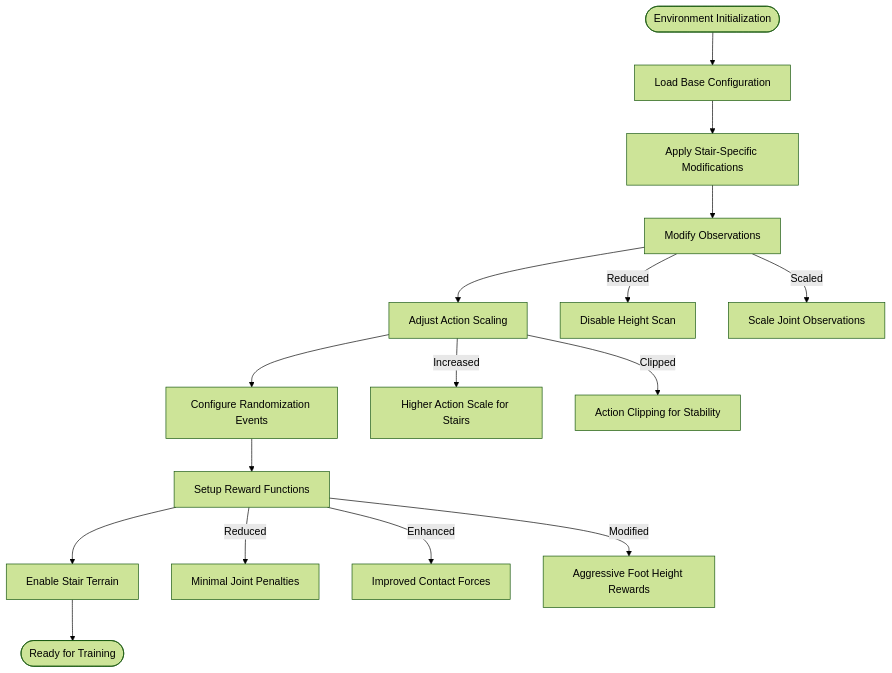
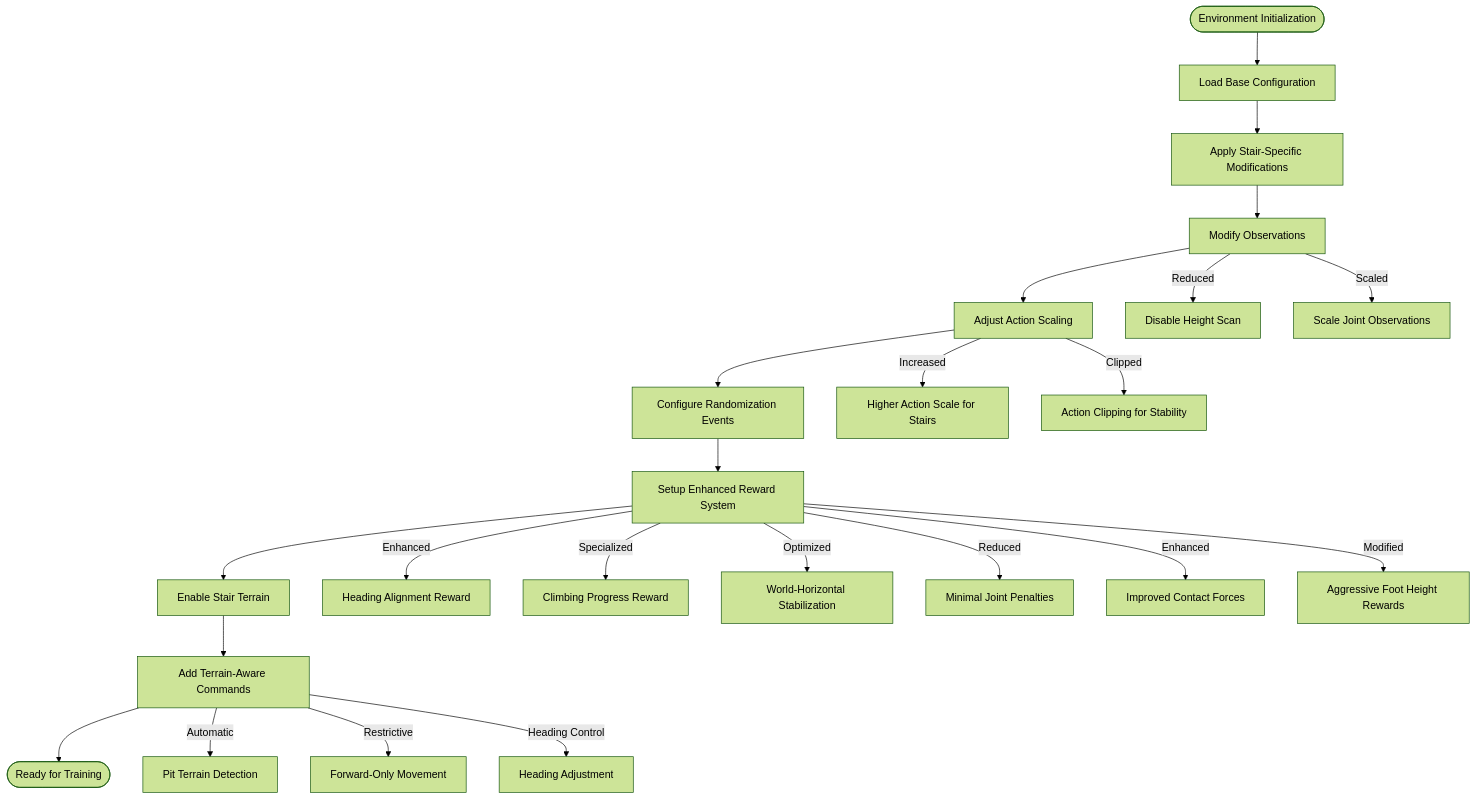
One commit to jayjayhust/robot_lab changed the fourth of 8 diagrams in .qoder/repowiki/en/content/ZSIBOT ZSL1 Stair Climbing Configuration.md. Above: the diagram before and after it, drawn with Mermaid (forest theme). The commit also changed other lines of this file and 10 other files, not shown here.

````diff
--- a/.qoder/repowiki/en/content/ZSIBOT ZSL1 Stair Climbing Configuration.md
+++ b/.qoder/repowiki/en/content/ZSIBOT ZSL1 Stair Climbing Configuration.md
@@ -203,18 +246,25 @@
 ```mermaid
 flowchart TD
 START([Environment Initialization]) --> LOAD_BASE["Load Base Configuration"]
 LOAD_BASE --> APPLY_STAIR["Apply Stair-Specific Modifications"]
 APPLY_STAIR --> MODIFY_OBS["Modify Observations"]
 MODIFY_OBS --> ADJUST_ACTIONS["Adjust Action Scaling"]
 ADJUST_ACTIONS --> CONFIG_EVENTS["Configure Randomization Events"]
-CONFIG_EVENTS --> SETUP_REWARDS["Setup Reward Functions"]
+CONFIG_EVENTS --> SETUP_REWARDS["Setup Enhanced Reward System"]
 SETUP_REWARDS --> ENABLE_TERRAIN["Enable Stair Terrain"]
-ENABLE_TERRAIN --> END([Ready for Training])
+ENABLE_TERRAIN --> ADD_COMMANDS["Add Terrain-Aware Commands"]
+ADD_COMMANDS --> END([Ready for Training])
 MODIFY_OBS --> |Reduced| HEIGHT_SCAN["Disable Height Scan"]
 MODIFY_OBS --> |Scaled| JOINT_OBS["Scale Joint Observations"]
 ADJUST_ACTIONS --> |Increased| STAIR_ACTIONS["Higher Action Scale for Stairs"]
 ADJUST_ACTIONS --> |Clipped| JOINT_CLIP["Action Clipping for Stability"]
+SETUP_REWARDS --> |Enhanced| HEADING_ALIGN["Heading Alignment Reward"]
+SETUP_REWARDS --> |Specialized| CLIMB_PROGRESS["Climbing Progress Reward"]
+SETUP_REWARDS --> |Optimized| WORLD_STAB["World-Horizontal Stabilization"]
 SETUP_REWARDS --> |Reduced| JOINT_PENALTIES["Minimal Joint Penalties"]
 SETUP_REWARDS --> |Enhanced| CONTACT_REWARDS["Improved Contact Forces"]
 SETUP_REWARDS --> |Modified| FEET_HEIGHT["Aggressive Foot Height Rewards"]
+ADD_COMMANDS --> |Automatic| PIT_DETECTION["Pit Terrain Detection"]
+ADD_COMMANDS --> |Restrictive| FORWARD_ONLY["Forward-Only Movement"]
+ADD_COMMANDS --> |Heading Control| HEADING_ADJUST["Heading Adjustment"]
 ```
````
